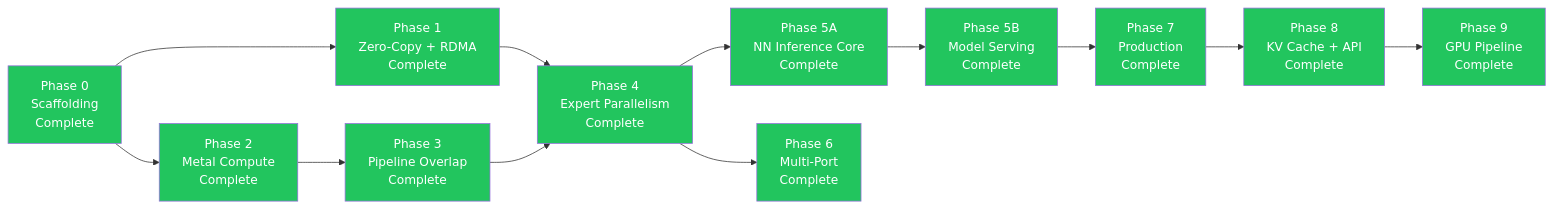
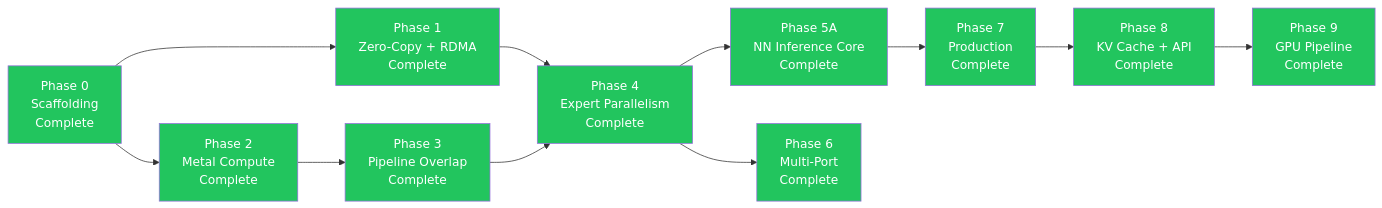
One commit to 0xDaizz/RMLX changed the diagram in docs/roadmap/phases.md. Above: the diagram before and after it, drawn with Mermaid. The commit also changed other lines of this file and 5 other files, not shown here.

First line of the commit message:
docs: remove Phase 5B (Model Serving) from roadmap, add emojis (#7)

````diff
--- a/docs/roadmap/phases.md
+++ b/docs/roadmap/phases.md
@@ -55,38 +53,35 @@
 ```mermaid
 graph LR
     P0["Phase 0<br/>Scaffolding<br/>Complete"]
     P1["Phase 1<br/>Zero-Copy + RDMA<br/>Complete"]
     P2["Phase 2<br/>Metal Compute<br/>Complete"]
     P3["Phase 3<br/>Pipeline Overlap<br/>Complete"]
     P4["Phase 4<br/>Expert Parallelism<br/>Complete"]
     P5A["Phase 5A<br/>NN Inference Core<br/>Complete"]
-    P5B["Phase 5B<br/>Model Serving<br/>Complete"]
     P6["Phase 6<br/>Multi-Port<br/>Complete"]
     P7["Phase 7<br/>Production<br/>Complete"]
     P8["Phase 8<br/>KV Cache + API<br/>Complete"]
     P9["Phase 9<br/>GPU Pipeline<br/>Complete"]
 
     P0 --> P1
     P0 --> P2
     P2 --> P3
     P1 --> P4
     P3 --> P4
     P4 --> P5A
-    P5A --> P5B
     P4 --> P6
-    P5B --> P7
+    P5A --> P7
     P7 --> P8
     P8 --> P9
 
     style P0 fill:#22c55e,color:#fff
     style P1 fill:#22c55e,color:#fff
     style P2 fill:#22c55e,color:#fff
     style P3 fill:#22c55e,color:#fff
     style P4 fill:#22c55e,color:#fff
     style P5A fill:#22c55e,color:#fff
-    style P5B fill:#22c55e,color:#fff
     style P6 fill:#22c55e,color:#fff
     style P7 fill:#22c55e,color:#fff
     style P8 fill:#22c55e,color:#fff
     style P9 fill:#22c55e,color:#fff
 ```
````
